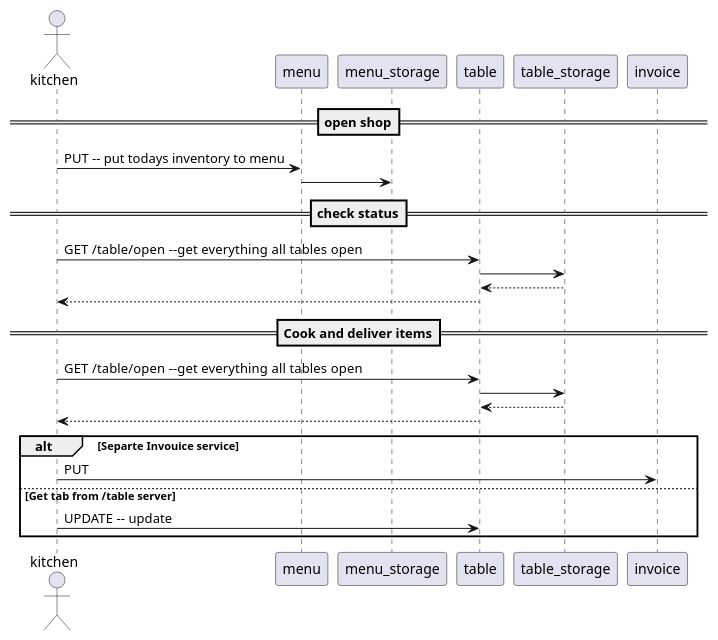
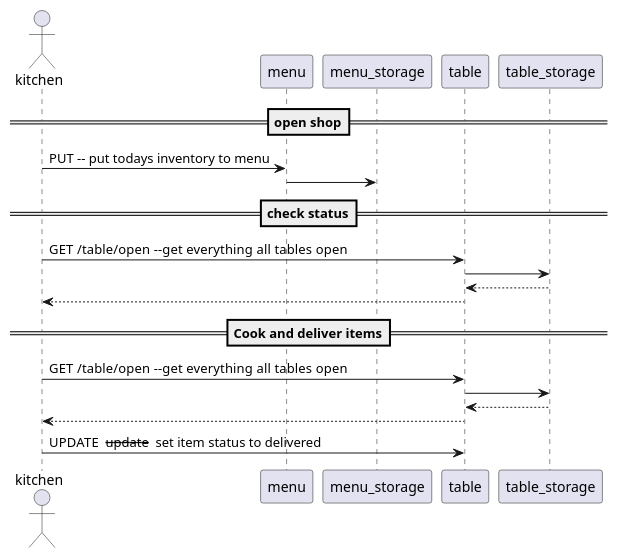
Before and after one commit to simonsso/teketeke: the second of 2 diagrams in docs/usecases.plantuml, drawn with PlantUML. The commit also changed 1 other file, not shown here.

```diff
--- a/docs/usecases.plantuml
+++ b/docs/usecases.plantuml
@@ -30,23 +30,18 @@
 @startuml Setup Shop
 ==open shop==
 actor kitchen
 kitchen -> menu: PUT -- put todays inventory to menu
 menu->menu_storage
 ==check status==
 kitchen -> table:GET /table/open   --get everything all tables open
 table->table_storage
 table<--table_storage
 kitchen<--table
 ==Cook and deliver items==
 kitchen -> table:GET /table/open   --get everything all tables open
 table->table_storage
 table<--table_storage
 kitchen<--table
-alt Separte Invouice service
-kitchen->invoice: PUT
-else Get tab from /table server
-kitchen->table: UPDATE -- update
-
-end
+kitchen->table: UPDATE -- update -- set item status to delivered
 
 @enduml
```
